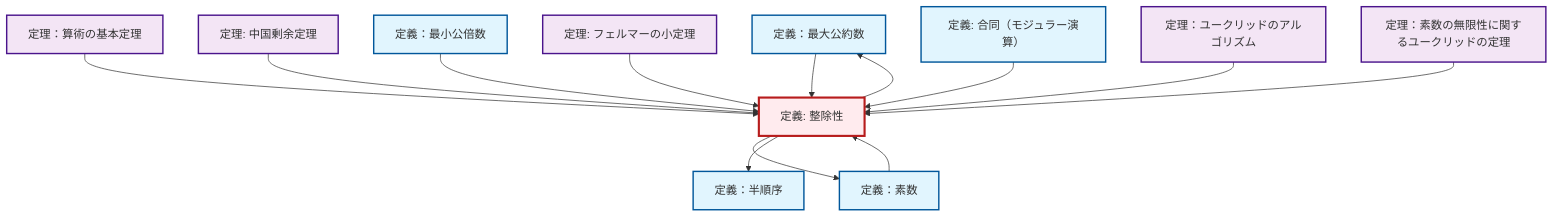
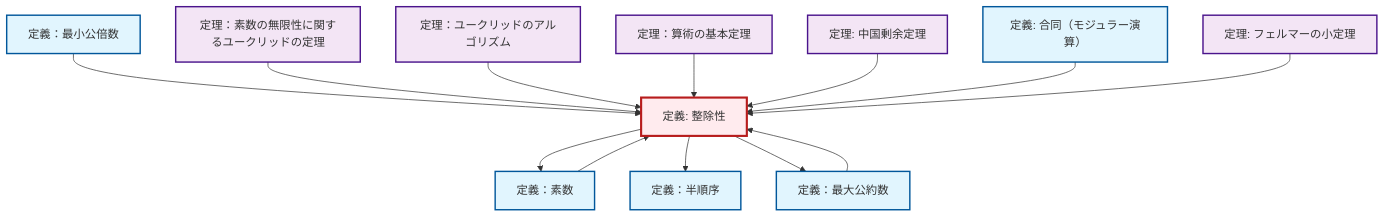
Before and after one commit to RK0429/ModernMath: the diagram in content/ja/number-theory/def-divisibility.qmd, drawn with Mermaid. The commit also changed 672 other files, not shown here.

````diff
--- a/content/ja/number-theory/def-divisibility.qmd
+++ b/content/ja/number-theory/def-divisibility.qmd
@@ -98,43 +98,43 @@
 ```{mermaid}
-%%| fig-cap: "Local dependency graph"
+%%| fig-cap: "ローカル依存関係グラフ"
 graph TD
     classDef definition fill:#e1f5fe,stroke:#01579b,stroke-width:2px
     classDef theorem fill:#f3e5f5,stroke:#4a148c,stroke-width:2px
     classDef axiom fill:#fff3e0,stroke:#e65100,stroke-width:2px
     classDef example fill:#e8f5e9,stroke:#1b5e20,stroke-width:2px
     classDef current fill:#ffebee,stroke:#b71c1c,stroke-width:3px
+    thm-euclidean-algorithm["定理：ユークリッドのアルゴリズム"]:::theorem
+    def-lcm["定義：最小公倍数"]:::definition
+    thm-fermat-little["定理: フェルマーの小定理"]:::theorem
+    thm-fundamental-arithmetic["定理：算術の基本定理"]:::theorem
+    def-partial-order["定義：半順序"]:::definition
+    thm-euclid-infinitude-primes["定理：素数の無限性に関するユークリッドの定理"]:::theorem
+    def-congruence["定義: 合同（モジュラー演算）"]:::definition
+    def-prime["定義：素数"]:::definition
     def-gcd["定義：最大公約数"]:::definition
     thm-chinese-remainder["定理: 中国剰余定理"]:::theorem
-    def-congruence["定義: 合同（モジュラー演算）"]:::definition
-    def-lcm["定義：最小公倍数"]:::definition
-    def-partial-order["定義：半順序"]:::definition
-    thm-fundamental-arithmetic["定理：算術の基本定理"]:::theorem
     def-divisibility["定義: 整除性"]:::definition
-    thm-euclid-infinitude-primes["定理：素数の無限性に関するユークリッドの定理"]:::theorem
-    thm-euclidean-algorithm["定理：ユークリッドのアルゴリズム"]:::theorem
-    thm-fermat-little["定理: フェルマーの小定理"]:::theorem
-    def-prime["定義：素数"]:::definition
+    def-lcm --> def-divisibility
+    thm-euclid-infinitude-primes --> def-divisibility
+    def-divisibility --> def-prime
+    thm-euclidean-algorithm --> def-divisibility
+    def-prime --> def-divisibility
+    def-divisibility --> def-partial-order
     thm-fundamental-arithmetic --> def-divisibility
-    def-divisibility --> def-prime
+    thm-chinese-remainder --> def-divisibility
+    def-congruence --> def-divisibility
     def-divisibility --> def-gcd
-    thm-chinese-remainder --> def-divisibility
+    thm-fermat-little --> def-divisibility
     def-gcd --> def-divisibility
-    def-lcm --> def-divisibility
-    def-prime --> def-divisibility
-    thm-fermat-little --> def-divisibility
-    def-congruence --> def-divisibility
-    def-divisibility --> def-partial-order
-    thm-euclidean-algorithm --> def-divisibility
-    thm-euclid-infinitude-primes --> def-divisibility
     class def-divisibility current
+    click thm-euclidean-algorithm "thm-euclidean-algorithm.html" "定理：ユークリッドのアルゴリズムへ"
+    click def-lcm "def-lcm.html" "定義：最小公倍数へ"
+    click thm-fermat-little "thm-fermat-little.html" "フェルマーの小定理の定理へ"
+    click thm-fundamental-arithmetic "thm-fundamental-arithmetic.html" "定理：算術の基本定理へ"
+    click def-partial-order "def-partial-order.html" "定義：半順序へ"
+    click thm-euclid-infinitude-primes "thm-euclid-infinitude-primes.html" "定理：素数の無限性に関するユークリッドの定理へ"
+    click def-congruence "def-congruence.html" "合同（モジュラー演算）の定義へ"
+    click def-prime "def-prime.html" "定義：素数へ"
     click def-gcd "def-gcd.html" "定義：最大公約数へ"
     click thm-chinese-remainder "thm-chinese-remainder.html" "中国剰余定理の定理へ"
-    click def-congruence "def-congruence.html" "合同（モジュラー演算）の定義へ"
-    click def-lcm "def-lcm.html" "定義：最小公倍数へ"
-    click def-partial-order "def-partial-order.html" "定義：半順序へ"
-    click thm-fundamental-arithmetic "thm-fundamental-arithmetic.html" "定理：算術の基本定理へ"
-    click thm-euclid-infinitude-primes "thm-euclid-infinitude-primes.html" "定理：素数の無限性に関するユークリッドの定理へ"
-    click thm-euclidean-algorithm "thm-euclidean-algorithm.html" "定理：ユークリッドのアルゴリズムへ"
-    click thm-fermat-little "thm-fermat-little.html" "フェルマーの小定理の定理へ"
-    click def-prime "def-prime.html" "定義：素数へ"
 ```
````
